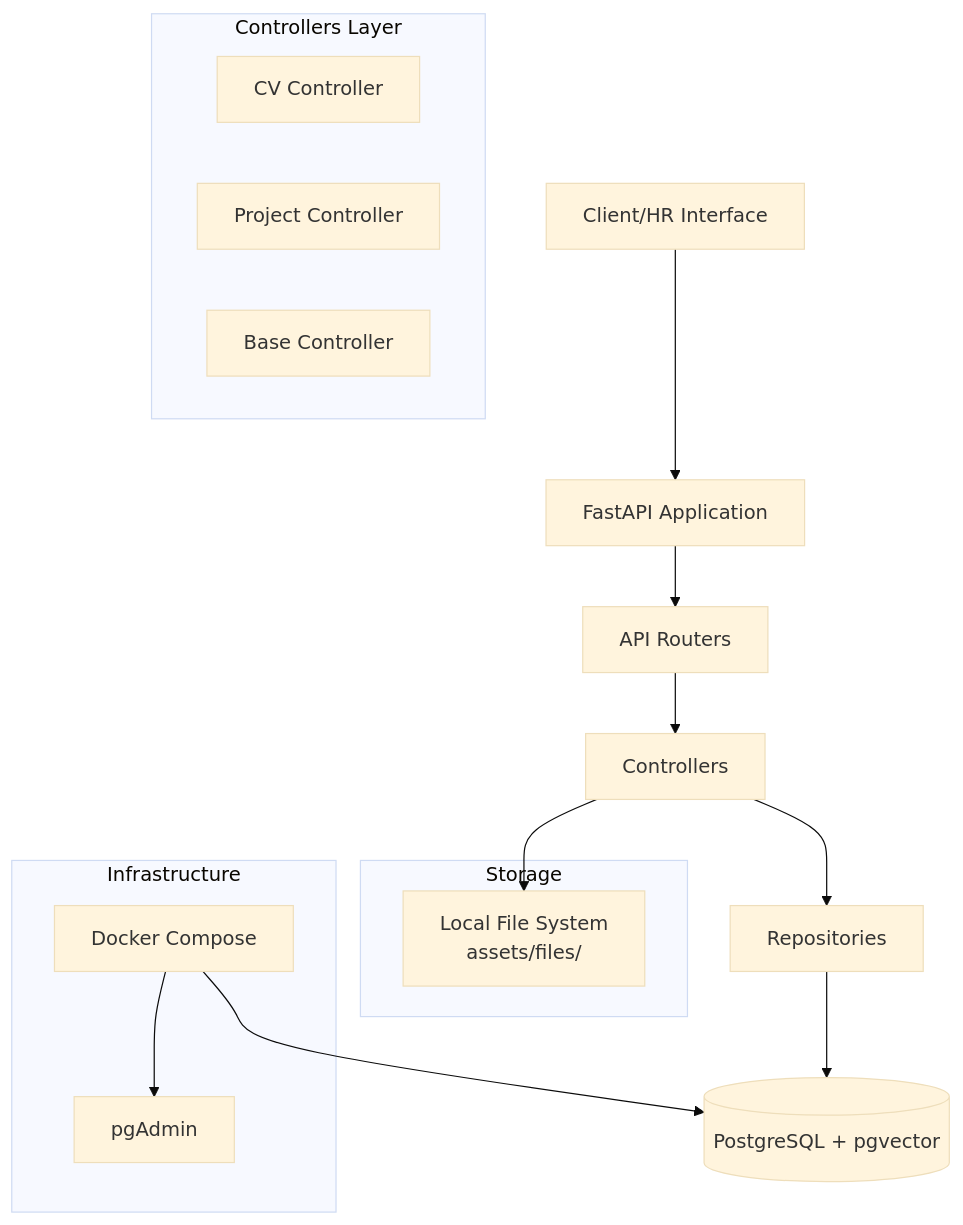
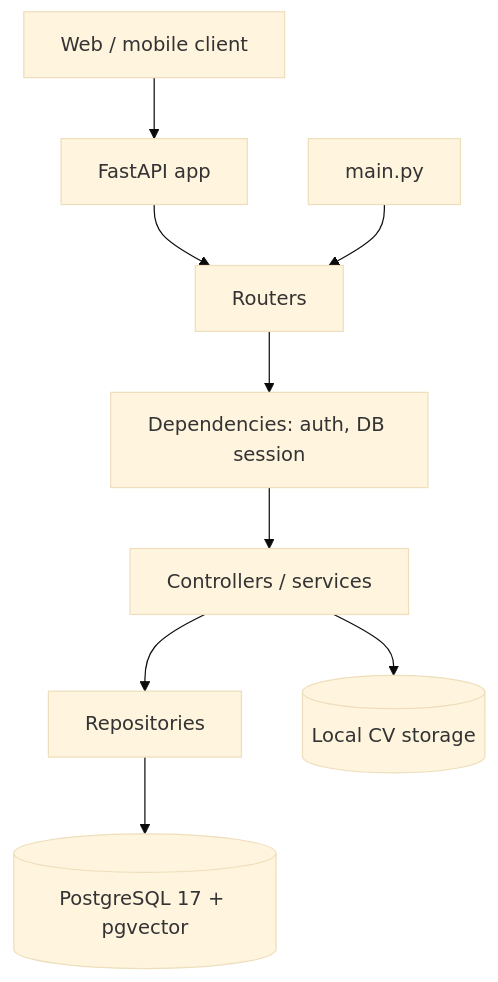
The diagram in README.md (ahmedmontaser123/flow_wise_platform), drawn with Mermaid (base theme) before and after one commit. The commit also changed other lines of this file and 108 other files, not shown here.

Commit message:
remove some folder like services and storage

````diff
--- a/README.md
+++ b/README.md
@@ -78,28 +107,11 @@
 ```mermaid
 graph TB
-    Client[Client/HR Interface] --> API[FastAPI Application]
-    API --> Router[API Routers]
-    Router --> Controller[Controllers]
+    Client[Web / mobile client] --> API[FastAPI app]
+    API --> Router[Routers]
+    Router --> Deps[Dependencies: auth, DB session]
+    Deps --> Controller[Controllers / services]
     Controller --> Repo[Repositories]
-    Repo --> DB[(PostgreSQL + pgvector)]
-    
-    subgraph "Controllers Layer"
-        CVController[CV Controller]
-        ProjectController[Project Controller]
-        BaseController[Base Controller]
-    end
-    
-    subgraph "Storage"
-        FileSystem[Local File System<br/>assets/files/]
-    end
-    
-    Controller --> FileSystem
-    
-    subgraph "Infrastructure"
-        Docker[Docker Compose]
-        pgAdmin[pgAdmin]
-    end
-    
-    Docker --> DB
-    Docker --> pgAdmin
+    Repo --> DB[(PostgreSQL 17 + pgvector)]
+    Controller --> Storage[(Local CV storage)]
+    App[main.py] --> Router
 ```
````
